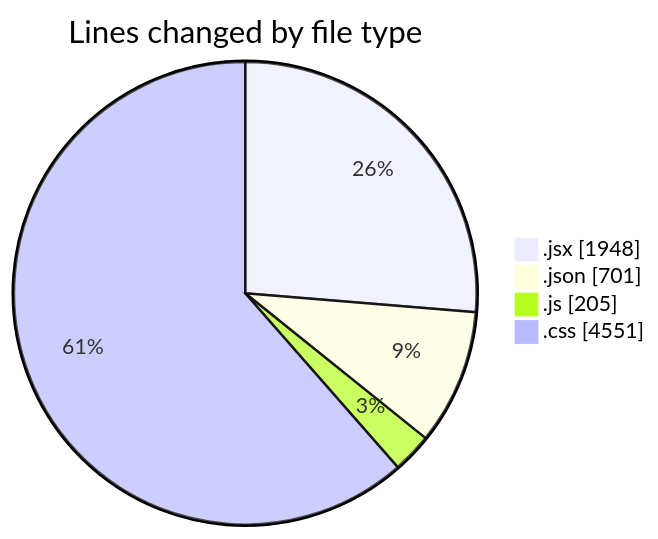
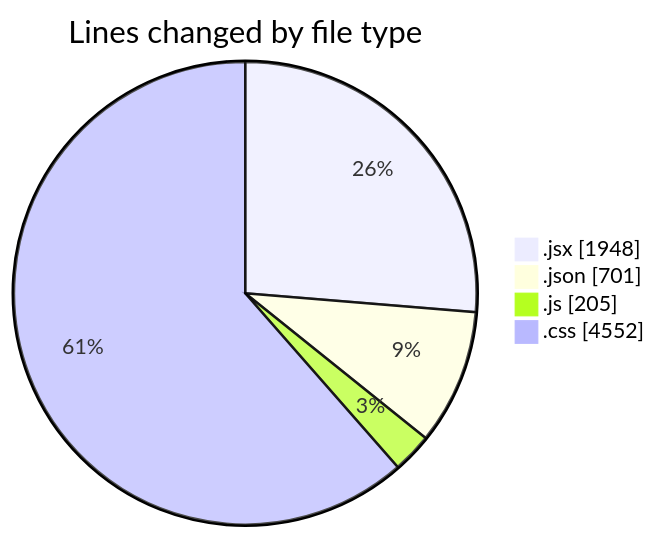
The first of 2 diagrams in 2025-05-04/project/README.md (BS-eng2023/code-tracking), drawn with Mermaid before and after one commit. The commit also changed other lines of this file and 1 other file, not shown here.

````diff
--- a/2025-05-04/project/README.md
+++ b/2025-05-04/project/README.md
@@ -43,8 +43,8 @@
 ```mermaid
 pie showData
 title Lines changed by file type
 ".jsx" : 1948
 ".json" : 701
 ".js" : 205
-".css" : 4551
+".css" : 4552
 ```
````
